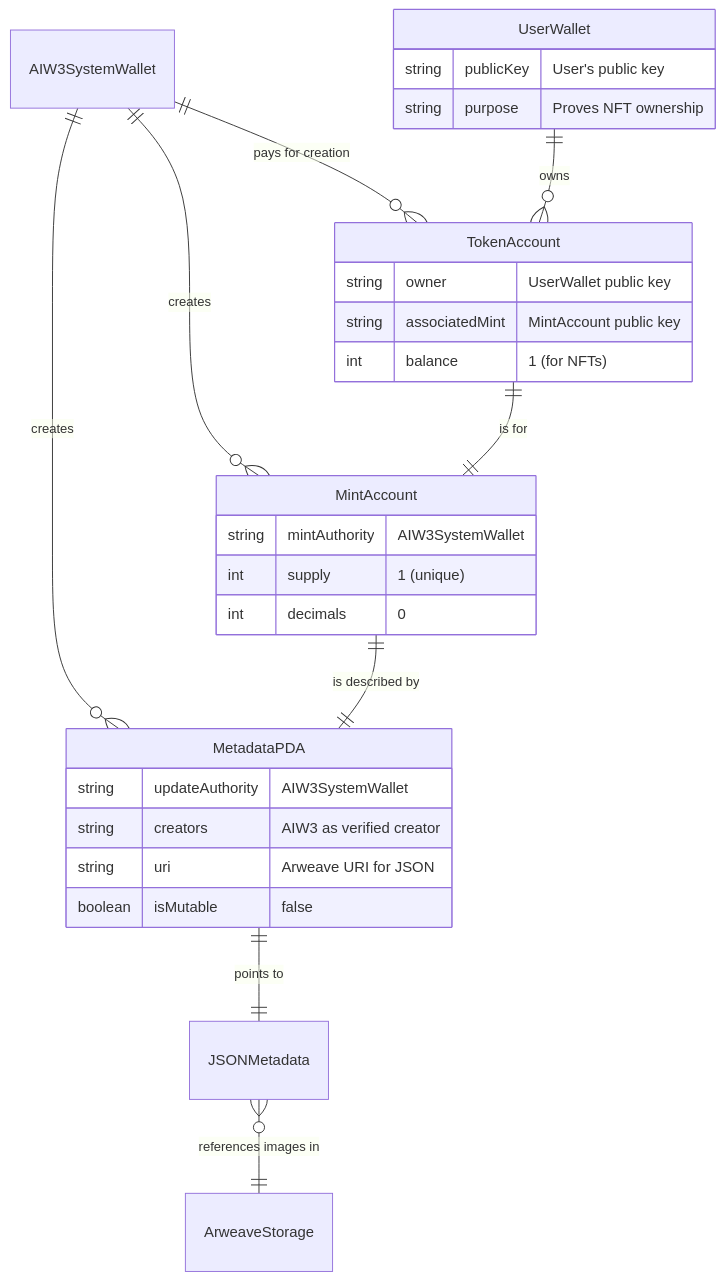
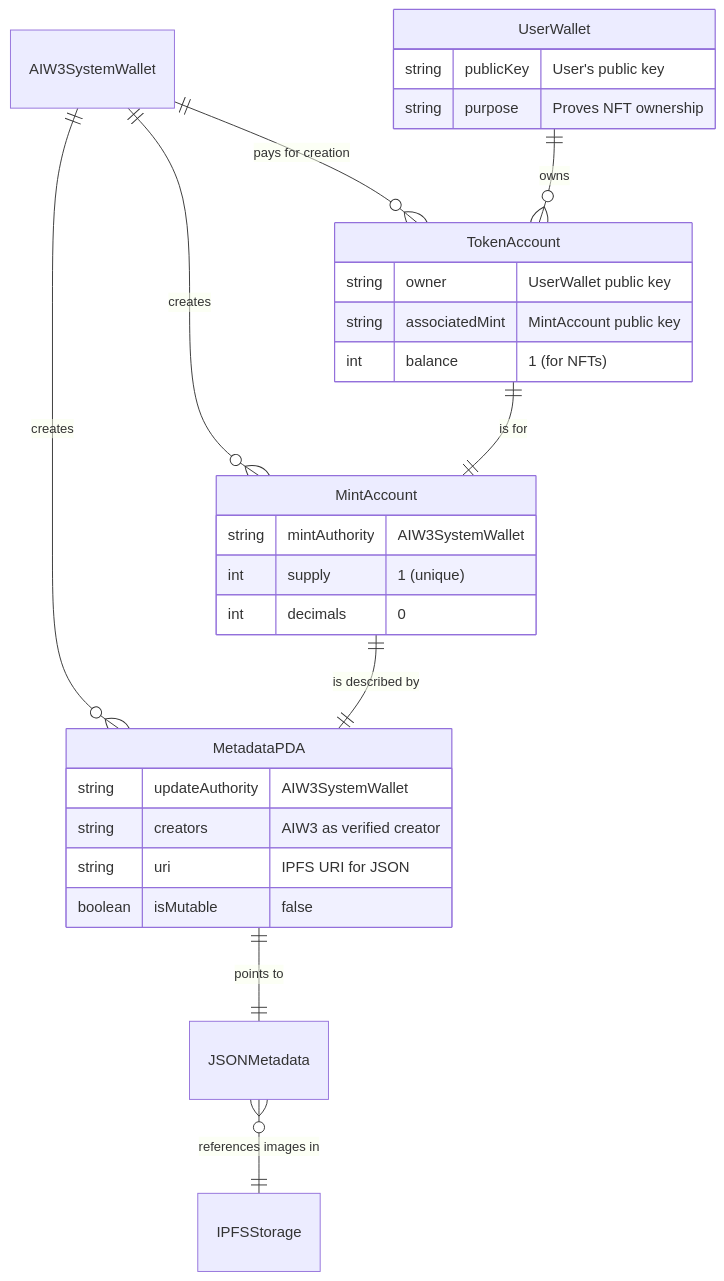
One commit to ljg-cqu/aiw3-nft-solana changed the first of 5 diagrams in docs/AIW3-NFT-Technical-Guide.md. Above: the diagram before and after it, drawn with Mermaid. The commit also changed other lines of this file and 3 other files, not shown here.

Commit message:
docs: switch NFT storage from Arweave to IPFS via Pinata for cost efficiency and backend alignment

````diff
--- a/docs/AIW3-NFT-Technical-Guide.md
+++ b/docs/AIW3-NFT-Technical-Guide.md
@@ -217,35 +219,35 @@
 ```mermaid
 erDiagram
     AIW3SystemWallet ||--o{ MintAccount : "creates"
     AIW3SystemWallet ||--o{ TokenAccount : "pays for creation"
     AIW3SystemWallet ||--o{ MetadataPDA : "creates"
     UserWallet ||--o{ TokenAccount : "owns"
     TokenAccount ||--|| MintAccount : "is for"
     MintAccount ||--|| MetadataPDA : "is described by"
     MetadataPDA ||--|| JSONMetadata : "points to"
-    JSONMetadata }o--|| ArweaveStorage : "references images in"
+    JSONMetadata }o--|| IPFSStorage : "references images in"
 
     UserWallet {
         string publicKey "User's public key"
         string purpose "Proves NFT ownership"
     }
     
     TokenAccount {
         string owner "UserWallet public key"
         string associatedMint "MintAccount public key"
         int balance "1 (for NFTs)"
     }
     
     MintAccount {
         string mintAuthority "AIW3SystemWallet"
         int supply "1 (unique)"
         int decimals "0"
     }
     
     MetadataPDA {
         string updateAuthority "AIW3SystemWallet"
         string creators "AIW3 as verified creator"
-        string uri "Arweave URI for JSON"
+        string uri "IPFS URI for JSON"
         boolean isMutable "false"
     }
 ```
````
